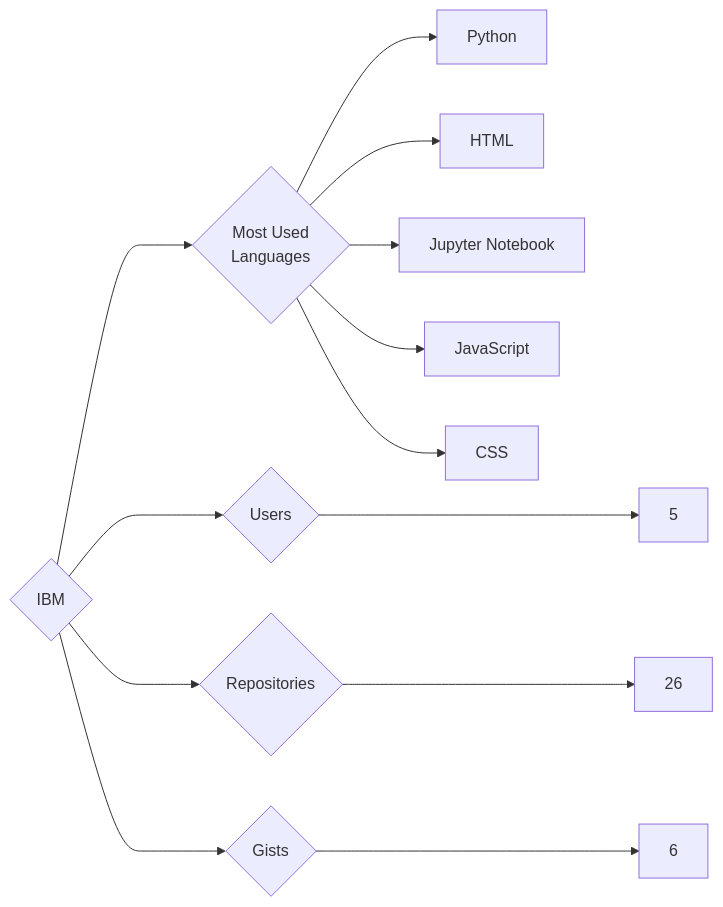
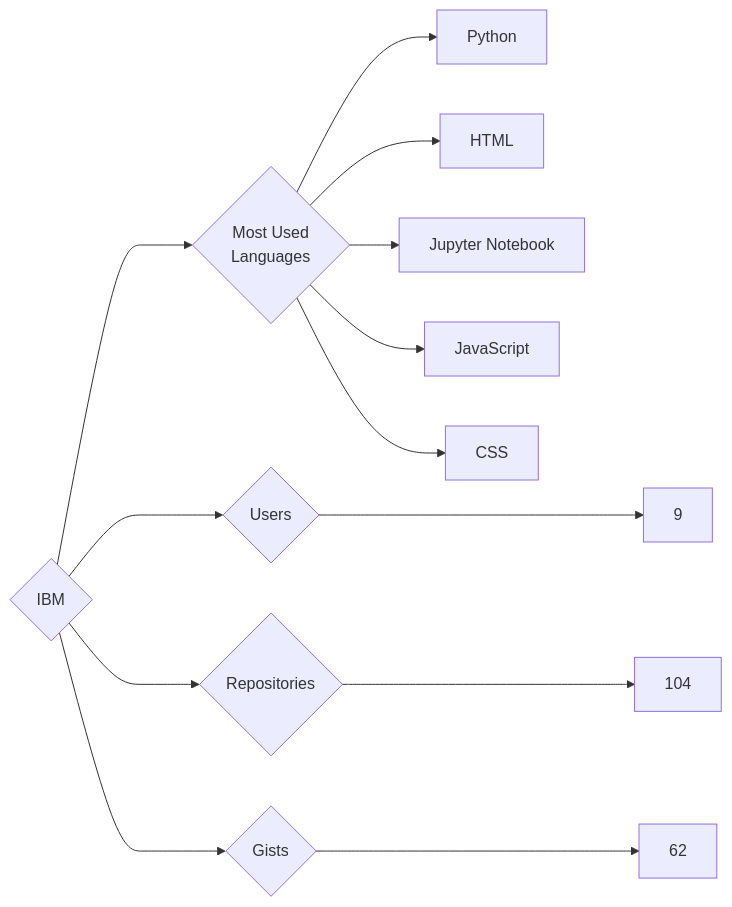
Before and after one commit to trickest/insiders: the diagram in targets/IBM/README.md, drawn with Mermaid. The commit also changed 912 other files, not shown here.

````diff
--- a/targets/IBM/README.md
+++ b/targets/IBM/README.md
@@ -3,13 +3,13 @@
 ```mermaid
 graph LR
 COMPANY_NAME{IBM}
-COMPANY_NAME ---> U{Users} ---> UN[5]
-COMPANY_NAME ---> R{Repositories} ---> RN[26]
-COMPANY_NAME ---> G{Gists} ---> GN[6]
+COMPANY_NAME ---> U{Users} ---> UN[9]
+COMPANY_NAME ---> R{Repositories} ---> RN[104]
+COMPANY_NAME ---> G{Gists} ---> GN[62]
 COMPANY_NAME ---> ML{Most Used<br>Languages}
 ML --> Python[Python]
 ML --> HTML[HTML]
 ML --> Jupyter_Notebook[Jupyter Notebook]
 ML --> JavaScript[JavaScript]
 ML --> CSS[CSS]
 ```
````
